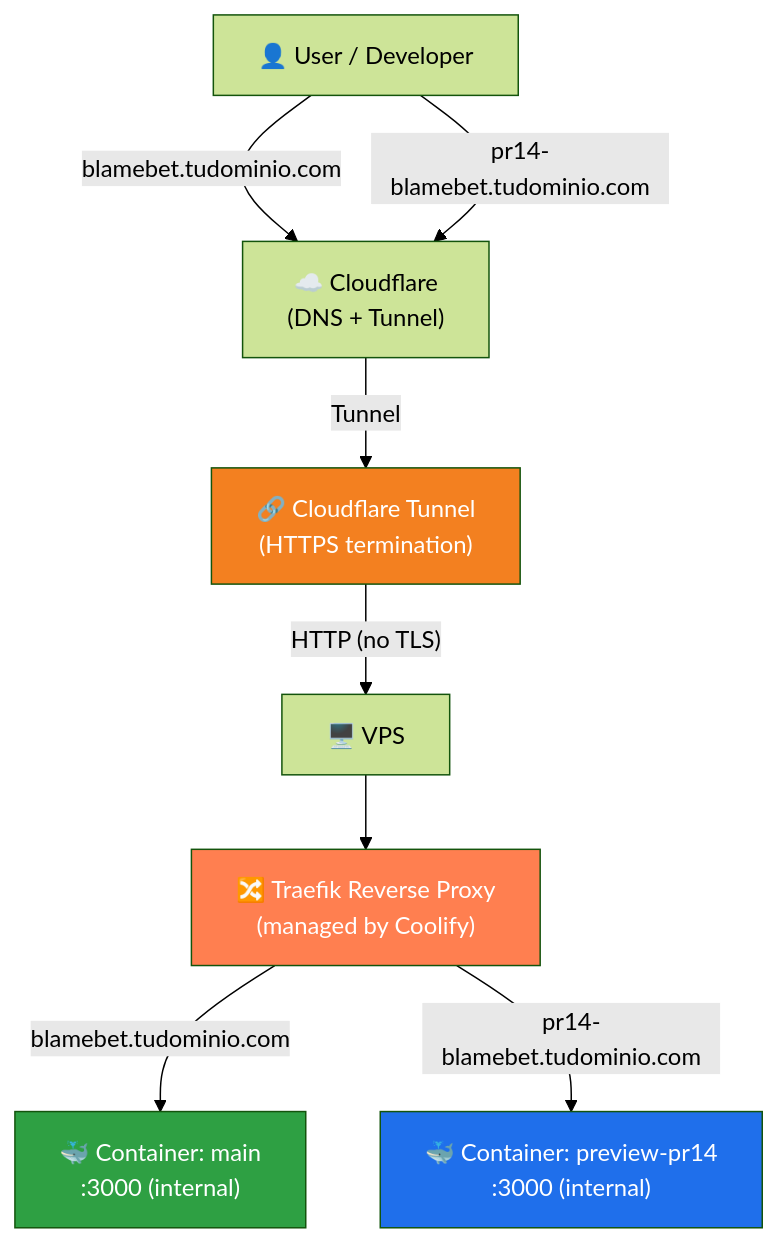
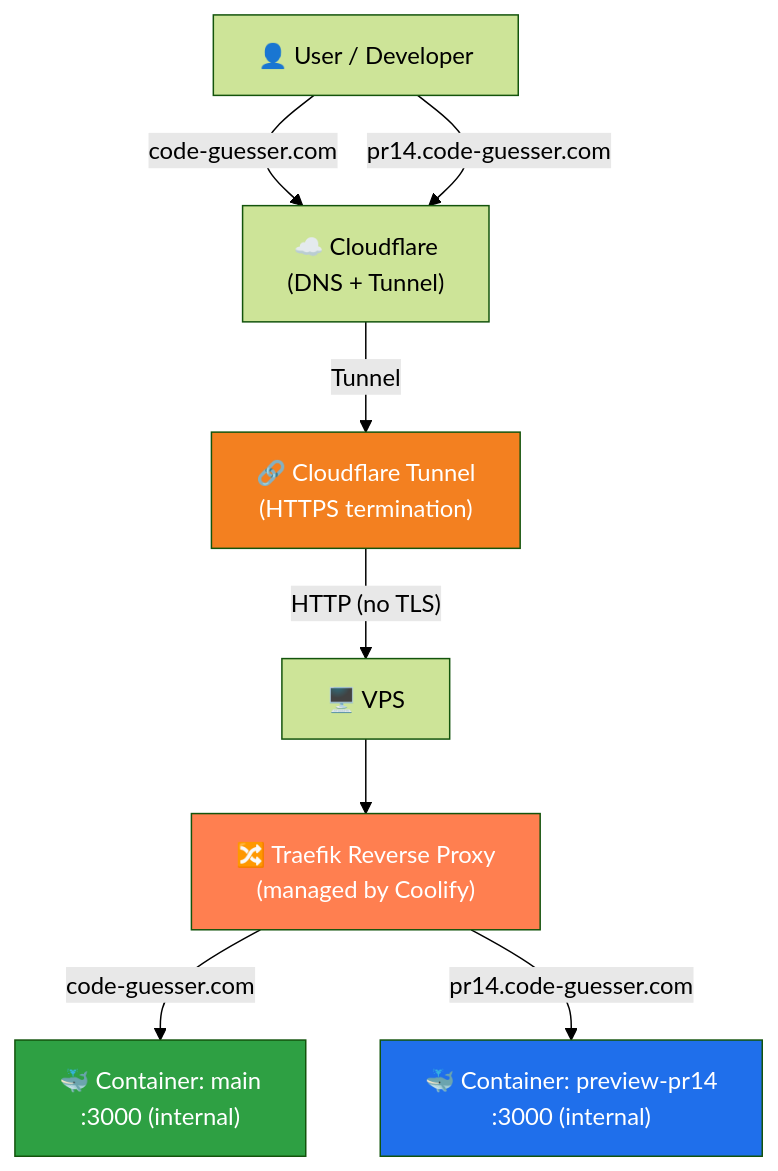
One commit to leandroFernandez94/git-blame-bet changed the first of 5 diagrams in docs/architecture/coolify-docker-deployment.md. Above: the diagram before and after it, drawn with Mermaid (forest theme). The commit also changed other lines of this file, not shown here.

Commit message:
docs: update architecture docs for code-guesser.com domain and clarify TLS settings

````diff
--- a/docs/architecture/coolify-docker-deployment.md
+++ b/docs/architecture/coolify-docker-deployment.md
@@ -9,22 +9,22 @@
 ```mermaid
 flowchart TD
     USER["👤 User / Developer"]
     CF["☁️ Cloudflare<br/>(DNS + Tunnel)"]
     TUNNEL["🔗 Cloudflare Tunnel<br/>(HTTPS termination)"]
     VPS["🖥️ VPS"]
     TRAEFIK["🔀 Traefik Reverse Proxy<br/>(managed by Coolify)"]
 
-    USER -->|"blamebet.tudominio.com"| CF
-    USER -->|"pr14-blamebet.tudominio.com"| CF
+    USER -->|"code-guesser.com"| CF
+    USER -->|"pr14.code-guesser.com"| CF
     CF -->|"Tunnel"| TUNNEL
     TUNNEL -->|"HTTP (no TLS)"| VPS
     VPS --> TRAEFIK
 
-    TRAEFIK -->|"blamebet.tudominio.com"| MAIN["🐳 Container: main<br/>:3000 (internal)"]
-    TRAEFIK -->|"pr14-blamebet.tudominio.com"| PR14["🐳 Container: preview-pr14<br/>:3000 (internal)"]
+    TRAEFIK -->|"code-guesser.com"| MAIN["🐳 Container: main<br/>:3000 (internal)"]
+    TRAEFIK -->|"pr14.code-guesser.com"| PR14["🐳 Container: preview-pr14<br/>:3000 (internal)"]
 
     style MAIN fill:#2ea043,color:#fff
     style PR14 fill:#1f6feb,color:#fff
     style TRAEFIK fill:#ff7f50,color:#fff
     style TUNNEL fill:#f38020,color:#fff
 ```
````
